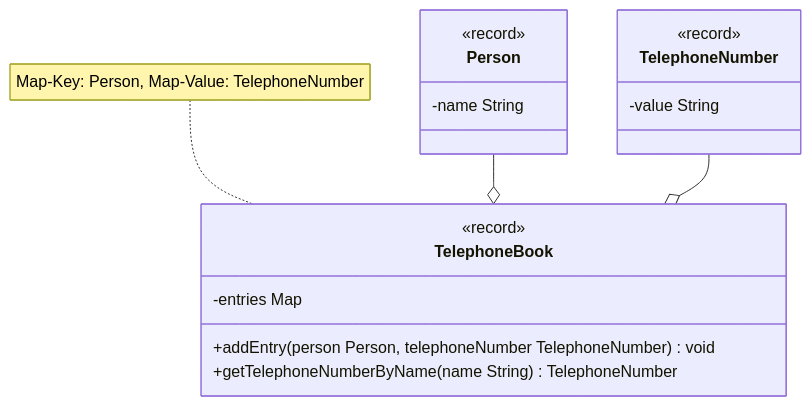
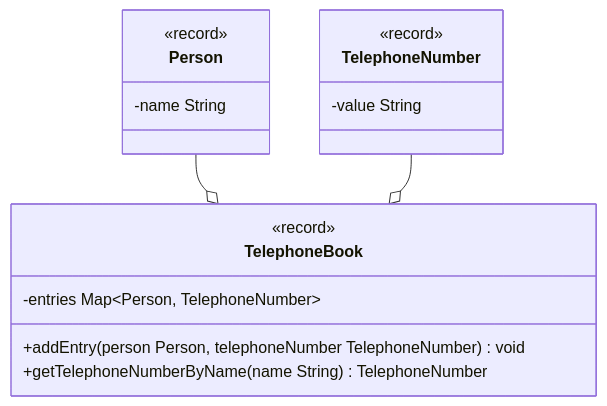
Before and after one commit to jappuccini/java-docs: the diagram in docs/exercises/maps/maps01.md, drawn with Mermaid.

````diff
--- a/docs/exercises/maps/maps01.md
+++ b/docs/exercises/maps/maps01.md
@@ -15,24 +15,22 @@
 ```mermaid
 classDiagram
     Person --o TelephoneBook
     TelephoneNumber --o TelephoneBook
-
-    note for TelephoneBook "Map-Key: Person, Map-Value: TelephoneNumber"
 
     class Person {
         <<record>>
         -name String
     }
 
     class TelephoneNumber {
         <<record>>
         -value String
     }
 
     class TelephoneBook {
         <<record>>
-        -entries Map
+        -entries Map~Person&#44&#160TelephoneNumber~
         +addEntry(person Person, telephoneNumber TelephoneNumber) void
         +getTelephoneNumberByName(name String) TelephoneNumber
     }
 ```
````
